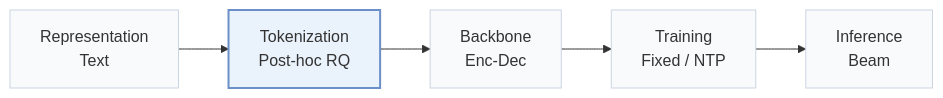
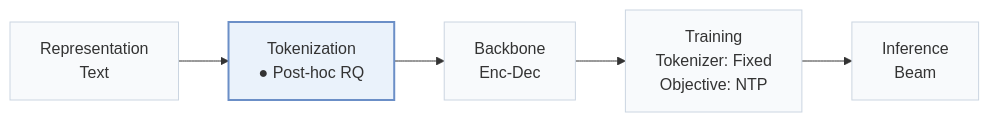
The first of 2 diagrams in pages/papers/psi.md (Galaxy-ghost/Awesome-SID-Generative-Rec), drawn with Mermaid before and after one commit. The commit also changed other lines of this file and 558 other files, not shown here.

````diff
--- a/pages/papers/psi.md
+++ b/pages/papers/psi.md
@@ -15,8 +19,8 @@
 ```mermaid
 flowchart LR
-    R["Representation<br/>Text"] --> T["Tokenization<br/>Post-hoc RQ"] --> B["Backbone<br/>Enc-Dec"] --> TR["Training<br/>Fixed / NTP"] --> I["Inference<br/>Beam"]
+    R["Representation<br/>Text"] --> T["Tokenization<br/>● Post-hoc RQ"] --> B["Backbone<br/>Enc-Dec"] --> TR["Training<br/>Tokenizer: Fixed<br/>Objective: NTP"] --> I["Inference<br/>Beam"]
     classDef base fill:#f8fafc,stroke:#cbd5e1
     class R,T,B,TR,I base
     classDef main fill:#eaf2fb,stroke:#6b8fc7,stroke-width:2px
     class T main
 ```
````
